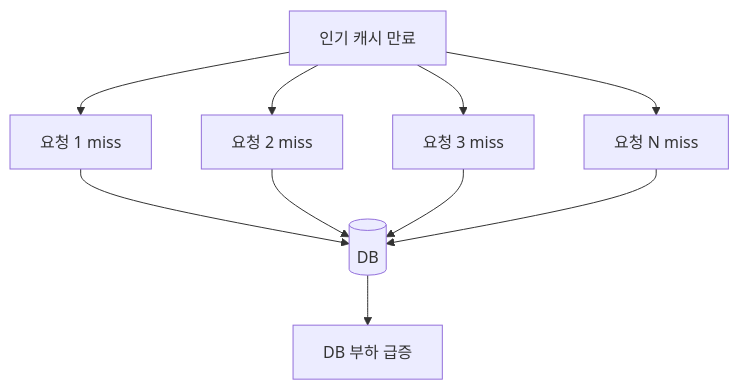
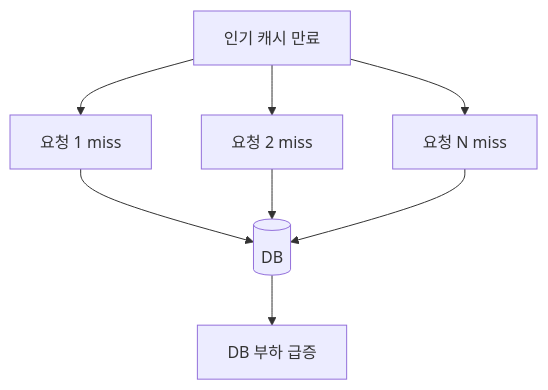
The second of 2 diagrams in docs/backend/infra/redis/캐시패턴.md (KROOKIMWOOBIN/study), drawn with Mermaid before and after one commit. The commit also changed other lines of this file and 15 other files, not shown here.

Commit message:
docs: reorganize redis roadmap

````diff
--- a/docs/backend/infra/redis/캐시패턴.md
+++ b/docs/backend/infra/redis/캐시패턴.md
@@ -171,12 +158,10 @@
 ```mermaid
 flowchart TB
     E[인기 캐시 만료] --> R1[요청 1 miss]
     E --> R2[요청 2 miss]
-    E --> R3[요청 3 miss]
-    E --> R4[요청 N miss]
+    E --> R3[요청 N miss]
     R1 --> DB[(DB)]
     R2 --> DB
     R3 --> DB
-    R4 --> DB
     DB --> S[DB 부하 급증]
 ```
````
